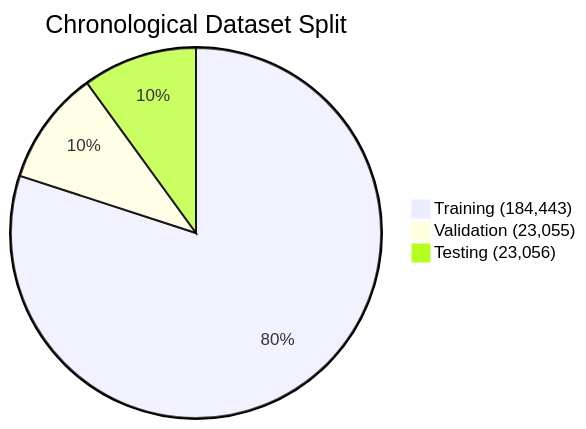
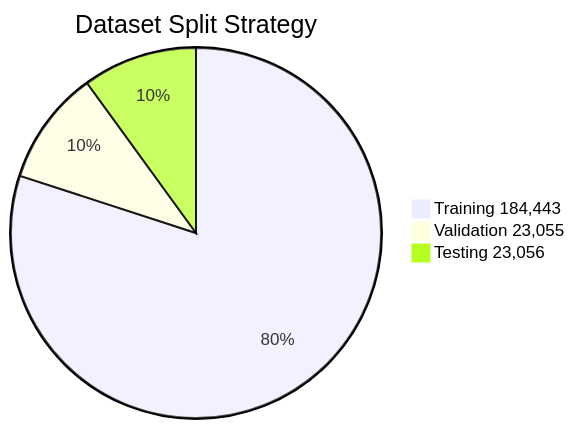
One commit to sai-ganesh-4539/StatVault changed the second of 9 diagrams in Match_Prediction_Intelligence.md. Above: the diagram before and after it, drawn with Mermaid. The commit also changed other lines of this file, not shown here.

````diff
--- a/Match_Prediction_Intelligence.md
+++ b/Match_Prediction_Intelligence.md
@@ -69,7 +113,7 @@
 ```mermaid
-pie title Chronological Dataset Split
+pie title Dataset Split Strategy
 
-"Training (184,443)" : 184443
-"Validation (23,055)" : 23055
-"Testing (23,056)" : 23056
+"Training 184,443" : 184443
+"Validation 23,055" : 23055
+"Testing 23,056" : 23056
 ```
````
